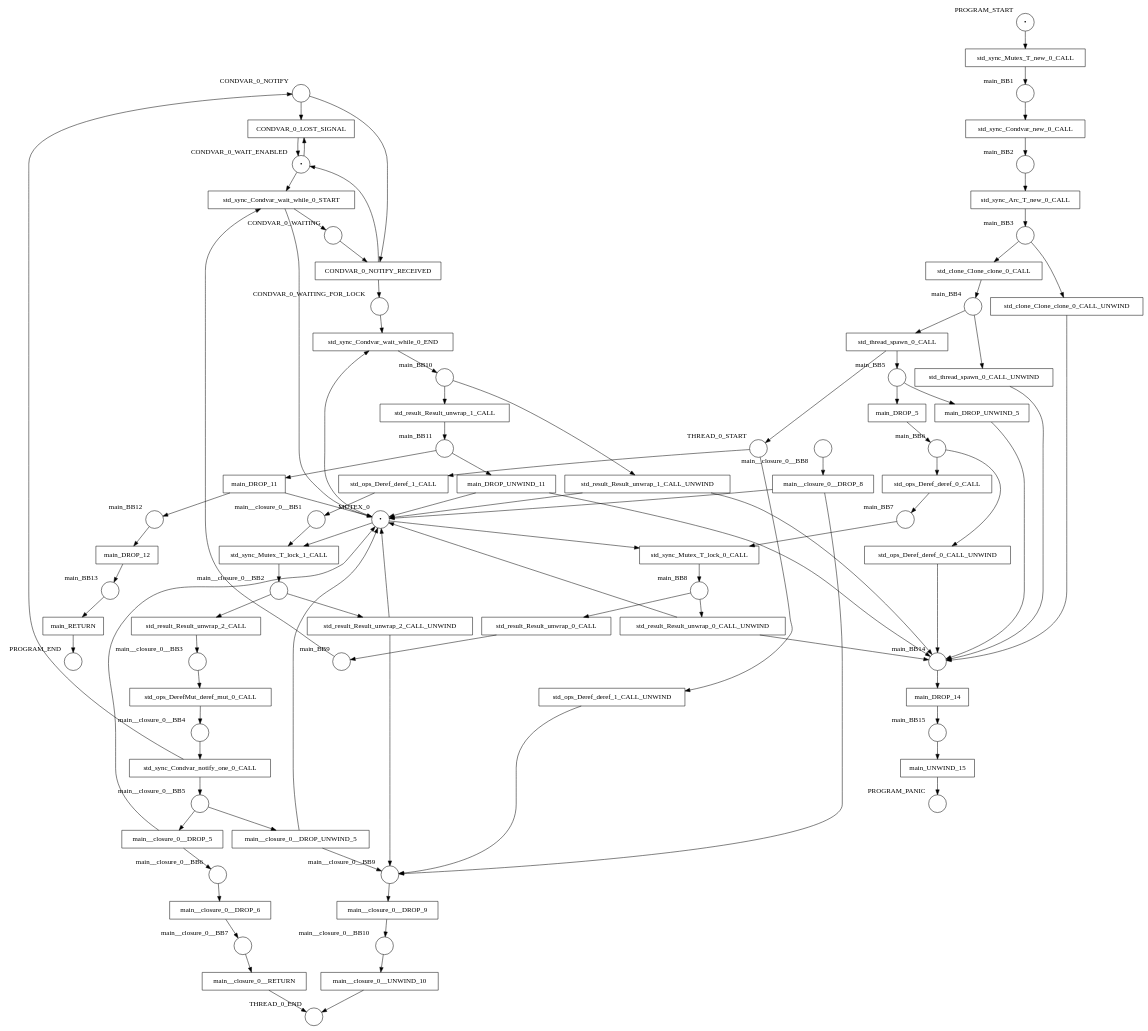
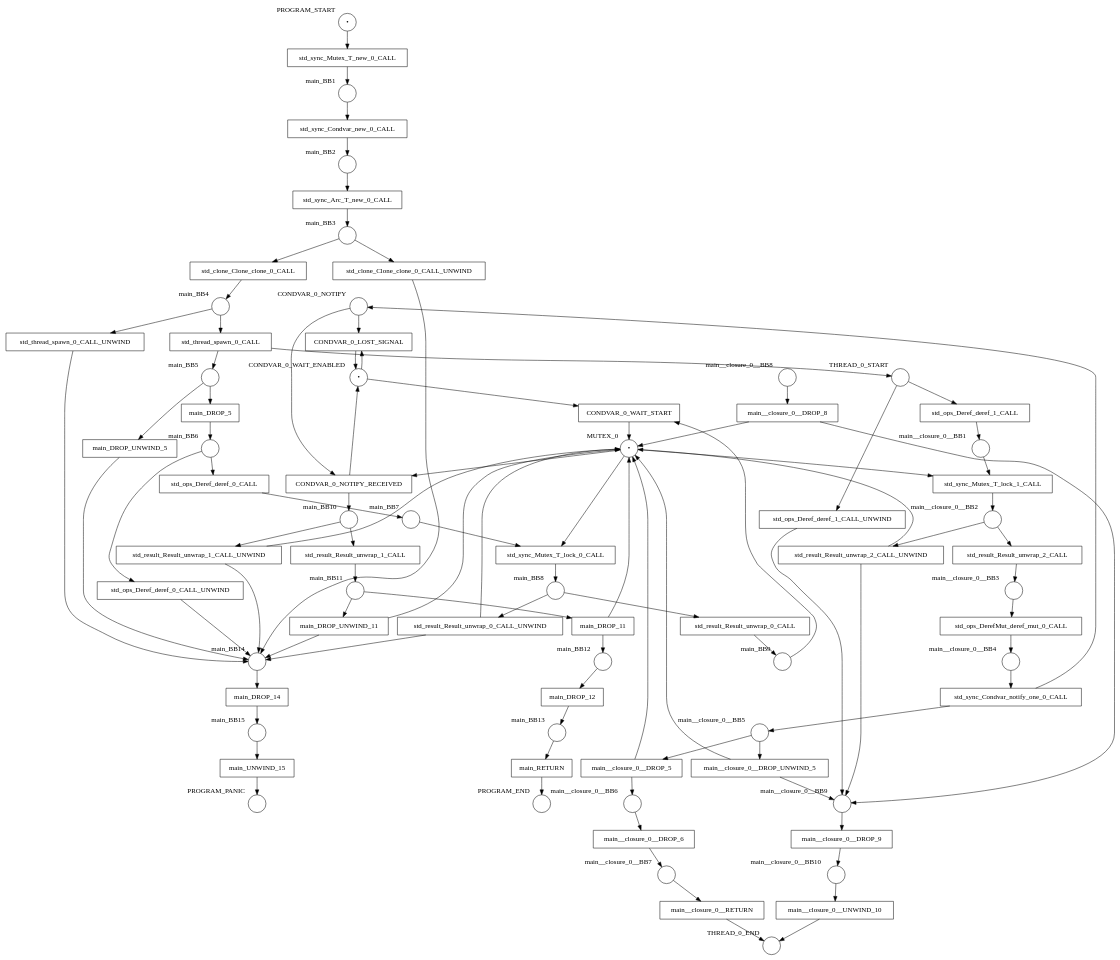
Before and after one commit to hlisdero/cargo-check-deadlock: the diagram in examples/results/condvar/wait_while/net.dot, drawn with Graphviz. The commit also changed 15 other files, not shown here.

```diff
--- a/examples/results/condvar/wait_while/net.dot
+++ b/examples/results/condvar/wait_while/net.dot
@@ -1,175 +1,168 @@
 digraph petrinet {
     CONDVAR_0_NOTIFY [shape="circle" xlabel="CONDVAR_0_NOTIFY" label=""];
-    CONDVAR_0_WAITING [shape="circle" xlabel="CONDVAR_0_WAITING" label=""];
-    CONDVAR_0_WAITING_FOR_LOCK [shape="circle" xlabel="CONDVAR_0_WAITING_FOR_LOCK" label=""];
     CONDVAR_0_WAIT_ENABLED [shape="circle" xlabel="CONDVAR_0_WAIT_ENABLED" label="•"];
     MUTEX_0 [shape="circle" xlabel="MUTEX_0" label="•"];
     PROGRAM_END [shape="circle" xlabel="PROGRAM_END" label=""];
     PROGRAM_PANIC [shape="circle" xlabel="PROGRAM_PANIC" label=""];
     PROGRAM_START [shape="circle" xlabel="PROGRAM_START" label="•"];
     THREAD_0_END [shape="circle" xlabel="THREAD_0_END" label=""];
     THREAD_0_START [shape="circle" xlabel="THREAD_0_START" label=""];
     main_BB1 [shape="circle" xlabel="main_BB1" label=""];
     main_BB10 [shape="circle" xlabel="main_BB10" label=""];
     main_BB11 [shape="circle" xlabel="main_BB11" label=""];
     main_BB12 [shape="circle" xlabel="main_BB12" label=""];
     main_BB13 [shape="circle" xlabel="main_BB13" label=""];
     main_BB14 [shape="circle" xlabel="main_BB14" label=""];
     main_BB15 [shape="circle" xlabel="main_BB15" label=""];
     main_BB2 [shape="circle" xlabel="main_BB2" label=""];
     main_BB3 [shape="circle" xlabel="main_BB3" label=""];
     main_BB4 [shape="circle" xlabel="main_BB4" label=""];
     main_BB5 [shape="circle" xlabel="main_BB5" label=""];
     main_BB6 [shape="circle" xlabel="main_BB6" label=""];
     main_BB7 [shape="circle" xlabel="main_BB7" label=""];
     main_BB8 [shape="circle" xlabel="main_BB8" label=""];
     main_BB9 [shape="circle" xlabel="main_BB9" label=""];
     main__closure_0__BB1 [shape="circle" xlabel="main__closure_0__BB1" label=""];
     main__closure_0__BB10 [shape="circle" xlabel="main__closure_0__BB10" label=""];
     main__closure_0__BB2 [shape="circle" xlabel="main__closure_0__BB2" label=""];
     main__closure_0__BB3 [shape="circle" xlabel="main__closure_0__BB3" label=""];
     main__closure_0__BB4 [shape="circle" xlabel="main__closure_0__BB4" label=""];
     main__closure_0__BB5 [shape="circle" xlabel="main__closure_0__BB5" label=""];
     main__closure_0__BB6 [shape="circle" xlabel="main__closure_0__BB6" label=""];
     main__closure_0__BB7 [shape="circle" xlabel="main__closure_0__BB7" label=""];
     main__closure_0__BB8 [shape="circle" xlabel="main__closure_0__BB8" label=""];
     main__closure_0__BB9 [shape="circle" xlabel="main__closure_0__BB9" label=""];
     CONDVAR_0_LOST_SIGNAL [shape="box" xlabel="" label="CONDVAR_0_LOST_SIGNAL"];
     CONDVAR_0_NOTIFY_RECEIVED [shape="box" xlabel="" label="CONDVAR_0_NOTIFY_RECEIVED"];
+    CONDVAR_0_WAIT_START [shape="box" xlabel="" label="CONDVAR_0_WAIT_START"];
     main_DROP_11 [shape="box" xlabel="" label="main_DROP_11"];
     main_DROP_12 [shape="box" xlabel="" label="main_DROP_12"];
     main_DROP_14 [shape="box" xlabel="" label="main_DROP_14"];
     main_DROP_5 [shape="box" xlabel="" label="main_DROP_5"];
     main_DROP_UNWIND_11 [shape="box" xlabel="" label="main_DROP_UNWIND_11"];
     main_DROP_UNWIND_5 [shape="box" xlabel="" label="main_DROP_UNWIND_5"];
     main_RETURN [shape="box" xlabel="" label="main_RETURN"];
     main_UNWIND_15 [shape="box" xlabel="" label="main_UNWIND_15"];
     main__closure_0__DROP_5 [shape="box" xlabel="" label="main__closure_0__DROP_5"];
     main__closure_0__DROP_6 [shape="box" xlabel="" label="main__closure_0__DROP_6"];
     main__closure_0__DROP_8 [shape="box" xlabel="" label="main__closure_0__DROP_8"];
     main__closure_0__DROP_9 [shape="box" xlabel="" label="main__closure_0__DROP_9"];
     main__closure_0__DROP_UNWIND_5 [shape="box" xlabel="" label="main__closure_0__DROP_UNWIND_5"];
     main__closure_0__RETURN [shape="box" xlabel="" label="main__closure_0__RETURN"];
     main__closure_0__UNWIND_10 [shape="box" xlabel="" label="main__closure_0__UNWIND_10"];
     std_clone_Clone_clone_0_CALL [shape="box" xlabel="" label="std_clone_Clone_clone_0_CALL"];
     std_clone_Clone_clone_0_CALL_UNWIND [shape="box" xlabel="" label="std_clone_Clone_clone_0_CALL_UNWIND"];
     std_ops_DerefMut_deref_mut_0_CALL [shape="box" xlabel="" label="std_ops_DerefMut_deref_mut_0_CALL"];
     std_ops_Deref_deref_0_CALL [shape="box" xlabel="" label="std_ops_Deref_deref_0_CALL"];
     std_ops_Deref_deref_0_CALL_UNWIND [shape="box" xlabel="" label="std_ops_Deref_deref_0_CALL_UNWIND"];
     std_ops_Deref_deref_1_CALL [shape="box" xlabel="" label="std_ops_Deref_deref_1_CALL"];
     std_ops_Deref_deref_1_CALL_UNWIND [shape="box" xlabel="" label="std_ops_Deref_deref_1_CALL_UNWIND"];
     std_result_Result_unwrap_0_CALL [shape="box" xlabel="" label="std_result_Result_unwrap_0_CALL"];
     std_result_Result_unwrap_0_CALL_UNWIND [shape="box" xlabel="" label="std_result_Result_unwrap_0_CALL_UNWIND"];
     std_result_Result_unwrap_1_CALL [shape="box" xlabel="" label="std_result_Result_unwrap_1_CALL"];
     std_result_Result_unwrap_1_CALL_UNWIND [shape="box" xlabel="" label="std_result_Result_unwrap_1_CALL_UNWIND"];
     std_result_Result_unwrap_2_CALL [shape="box" xlabel="" label="std_result_Result_unwrap_2_CALL"];
     std_result_Result_unwrap_2_CALL_UNWIND [shape="box" xlabel="" label="std_result_Result_unwrap_2_CALL_UNWIND"];
     std_sync_Arc_T_new_0_CALL [shape="box" xlabel="" label="std_sync_Arc_T_new_0_CALL"];
     std_sync_Condvar_new_0_CALL [shape="box" xlabel="" label="std_sync_Condvar_new_0_CALL"];
     std_sync_Condvar_notify_one_0_CALL [shape="box" xlabel="" label="std_sync_Condvar_notify_one_0_CALL"];
-    std_sync_Condvar_wait_while_0_END [shape="box" xlabel="" label="std_sync_Condvar_wait_while_0_END"];
-    std_sync_Condvar_wait_while_0_START [shape="box" xlabel="" label="std_sync_Condvar_wait_while_0_START"];
     std_sync_Mutex_T_lock_0_CALL [shape="box" xlabel="" label="std_sync_Mutex_T_lock_0_CALL"];
     std_sync_Mutex_T_lock_1_CALL [shape="box" xlabel="" label="std_sync_Mutex_T_lock_1_CALL"];
     std_sync_Mutex_T_new_0_CALL [shape="box" xlabel="" label="std_sync_Mutex_T_new_0_CALL"];
     std_thread_spawn_0_CALL [shape="box" xlabel="" label="std_thread_spawn_0_CALL"];
     std_thread_spawn_0_CALL_UNWIND [shape="box" xlabel="" label="std_thread_spawn_0_CALL_UNWIND"];
     CONDVAR_0_NOTIFY -> CONDVAR_0_LOST_SIGNAL;
     CONDVAR_0_NOTIFY -> CONDVAR_0_NOTIFY_RECEIVED;
-    CONDVAR_0_WAITING -> CONDVAR_0_NOTIFY_RECEIVED;
-    CONDVAR_0_WAITING_FOR_LOCK -> std_sync_Condvar_wait_while_0_END;
     CONDVAR_0_WAIT_ENABLED -> CONDVAR_0_LOST_SIGNAL;
-    CONDVAR_0_WAIT_ENABLED -> std_sync_Condvar_wait_while_0_START;
-    MUTEX_0 -> std_sync_Condvar_wait_while_0_END;
+    CONDVAR_0_WAIT_ENABLED -> CONDVAR_0_WAIT_START;
+    MUTEX_0 -> CONDVAR_0_NOTIFY_RECEIVED;
     MUTEX_0 -> std_sync_Mutex_T_lock_0_CALL;
     MUTEX_0 -> std_sync_Mutex_T_lock_1_CALL;
     PROGRAM_START -> std_sync_Mutex_T_new_0_CALL;
     THREAD_0_START -> std_ops_Deref_deref_1_CALL;
     THREAD_0_START -> std_ops_Deref_deref_1_CALL_UNWIND;
     main_BB1 -> std_sync_Condvar_new_0_CALL;
     main_BB10 -> std_result_Result_unwrap_1_CALL;
     main_BB10 -> std_result_Result_unwrap_1_CALL_UNWIND;
     main_BB11 -> main_DROP_11;
     main_BB11 -> main_DROP_UNWIND_11;
     main_BB12 -> main_DROP_12;
     main_BB13 -> main_RETURN;
     main_BB14 -> main_DROP_14;
     main_BB15 -> main_UNWIND_15;
     main_BB2 -> std_sync_Arc_T_new_0_CALL;
     main_BB3 -> std_clone_Clone_clone_0_CALL;
     main_BB3 -> std_clone_Clone_clone_0_CALL_UNWIND;
     main_BB4 -> std_thread_spawn_0_CALL;
     main_BB4 -> std_thread_spawn_0_CALL_UNWIND;
     main_BB5 -> main_DROP_5;
     main_BB5 -> main_DROP_UNWIND_5;
     main_BB6 -> std_ops_Deref_deref_0_CALL;
     main_BB6 -> std_ops_Deref_deref_0_CALL_UNWIND;
     main_BB7 -> std_sync_Mutex_T_lock_0_CALL;
     main_BB8 -> std_result_Result_unwrap_0_CALL;
     main_BB8 -> std_result_Result_unwrap_0_CALL_UNWIND;
-    main_BB9 -> std_sync_Condvar_wait_while_0_START;
+    main_BB9 -> CONDVAR_0_WAIT_START;
     main__closure_0__BB1 -> std_sync_Mutex_T_lock_1_CALL;
     main__closure_0__BB10 -> main__closure_0__UNWIND_10;
     main__closure_0__BB2 -> std_result_Result_unwrap_2_CALL;
     main__closure_0__BB2 -> std_result_Result_unwrap_2_CALL_UNWIND;
     main__closure_0__BB3 -> std_ops_DerefMut_deref_mut_0_CALL;
     main__closure_0__BB4 -> std_sync_Condvar_notify_one_0_CALL;
     main__closure_0__BB5 -> main__closure_0__DROP_5;
     main__closure_0__BB5 -> main__closure_0__DROP_UNWIND_5;
     main__closure_0__BB6 -> main__closure_0__DROP_6;
     main__closure_0__BB7 -> main__closure_0__RETURN;
     main__closure_0__BB8 -> main__closure_0__DROP_8;
     main__closure_0__BB9 -> main__closure_0__DROP_9;
     CONDVAR_0_LOST_SIGNAL -> CONDVAR_0_WAIT_ENABLED;
-    CONDVAR_0_NOTIFY_RECEIVED -> CONDVAR_0_WAITING_FOR_LOCK;
     CONDVAR_0_NOTIFY_RECEIVED -> CONDVAR_0_WAIT_ENABLED;
+    CONDVAR_0_NOTIFY_RECEIVED -> main_BB10;
+    CONDVAR_0_WAIT_START -> MUTEX_0;
     main_DROP_11 -> MUTEX_0;
     main_DROP_11 -> main_BB12;
     main_DROP_12 -> main_BB13;
     main_DROP_14 -> main_BB15;
     main_DROP_5 -> main_BB6;
     main_DROP_UNWIND_11 -> MUTEX_0;
     main_DROP_UNWIND_11 -> main_BB14;
     main_DROP_UNWIND_5 -> main_BB14;
     main_RETURN -> PROGRAM_END;
     main_UNWIND_15 -> PROGRAM_PANIC;
     main__closure_0__DROP_5 -> MUTEX_0;
     main__closure_0__DROP_5 -> main__closure_0__BB6;
     main__closure_0__DROP_6 -> main__closure_0__BB7;
     main__closure_0__DROP_8 -> MUTEX_0;
     main__closure_0__DROP_8 -> main__closure_0__BB9;
     main__closure_0__DROP_9 -> main__closure_0__BB10;
     main__closure_0__DROP_UNWIND_5 -> MUTEX_0;
     main__closure_0__DROP_UNWIND_5 -> main__closure_0__BB9;
     main__closure_0__RETURN -> THREAD_0_END;
     main__closure_0__UNWIND_10 -> THREAD_0_END;
     std_clone_Clone_clone_0_CALL -> main_BB4;
     std_clone_Clone_clone_0_CALL_UNWIND -> main_BB14;
     std_ops_DerefMut_deref_mut_0_CALL -> main__closure_0__BB4;
     std_ops_Deref_deref_0_CALL -> main_BB7;
     std_ops_Deref_deref_0_CALL_UNWIND -> main_BB14;
     std_ops_Deref_deref_1_CALL -> main__closure_0__BB1;
     std_ops_Deref_deref_1_CALL_UNWIND -> main__closure_0__BB9;
     std_result_Result_unwrap_0_CALL -> main_BB9;
     std_result_Result_unwrap_0_CALL_UNWIND -> MUTEX_0;
     std_result_Result_unwrap_0_CALL_UNWIND -> main_BB14;
     std_result_Result_unwrap_1_CALL -> main_BB11;
     std_result_Result_unwrap_1_CALL_UNWIND -> MUTEX_0;
     std_result_Result_unwrap_1_CALL_UNWIND -> main_BB14;
     std_result_Result_unwrap_2_CALL -> main__closure_0__BB3;
     std_result_Result_unwrap_2_CALL_UNWIND -> MUTEX_0;
     std_result_Result_unwrap_2_CALL_UNWIND -> main__closure_0__BB9;
     std_sync_Arc_T_new_0_CALL -> main_BB3;
     std_sync_Condvar_new_0_CALL -> main_BB2;
     std_sync_Condvar_notify_one_0_CALL -> CONDVAR_0_NOTIFY;
     std_sync_Condvar_notify_one_0_CALL -> main__closure_0__BB5;
-    std_sync_Condvar_wait_while_0_END -> main_BB10;
-    std_sync_Condvar_wait_while_0_START -> CONDVAR_0_WAITING;
-    std_sync_Condvar_wait_while_0_START -> MUTEX_0;
     std_sync_Mutex_T_lock_0_CALL -> main_BB8;
     std_sync_Mutex_T_lock_1_CALL -> main__closure_0__BB2;
     std_sync_Mutex_T_new_0_CALL -> main_BB1;
     std_thread_spawn_0_CALL -> THREAD_0_START;
     std_thread_spawn_0_CALL -> main_BB5;
     std_thread_spawn_0_CALL_UNWIND -> main_BB14;
 }
```
